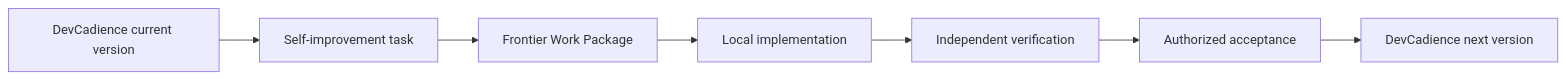
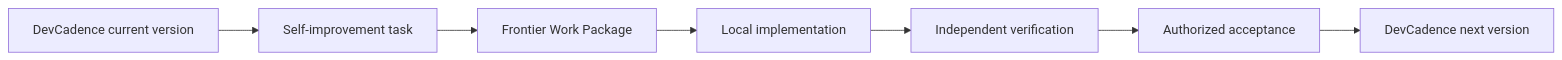
The fifth of 5 diagrams in docs/LEARNING.md (olostan/DevCadence), drawn with Mermaid before and after one commit. The commit also changed other lines of this file and 207 other files, not shown here.

Commit message:
refactor: rename DevCadience to DevCadence

````diff
--- a/docs/LEARNING.md
+++ b/docs/LEARNING.md
@@ -274,12 +274,12 @@
 ```mermaid
 flowchart LR
-    DC["DevCadience current version"]
+    DC["DevCadence current version"]
     Task["Self-improvement task"]
     EWP["Frontier Work Package"]
     Local["Local implementation"]
     Verify["Independent verification"]
     Decision["Authorized acceptance"]
-    Next["DevCadience next version"]
+    Next["DevCadence next version"]
 
     DC --> Task --> EWP --> Local --> Verify --> Decision --> Next
 ```
````
